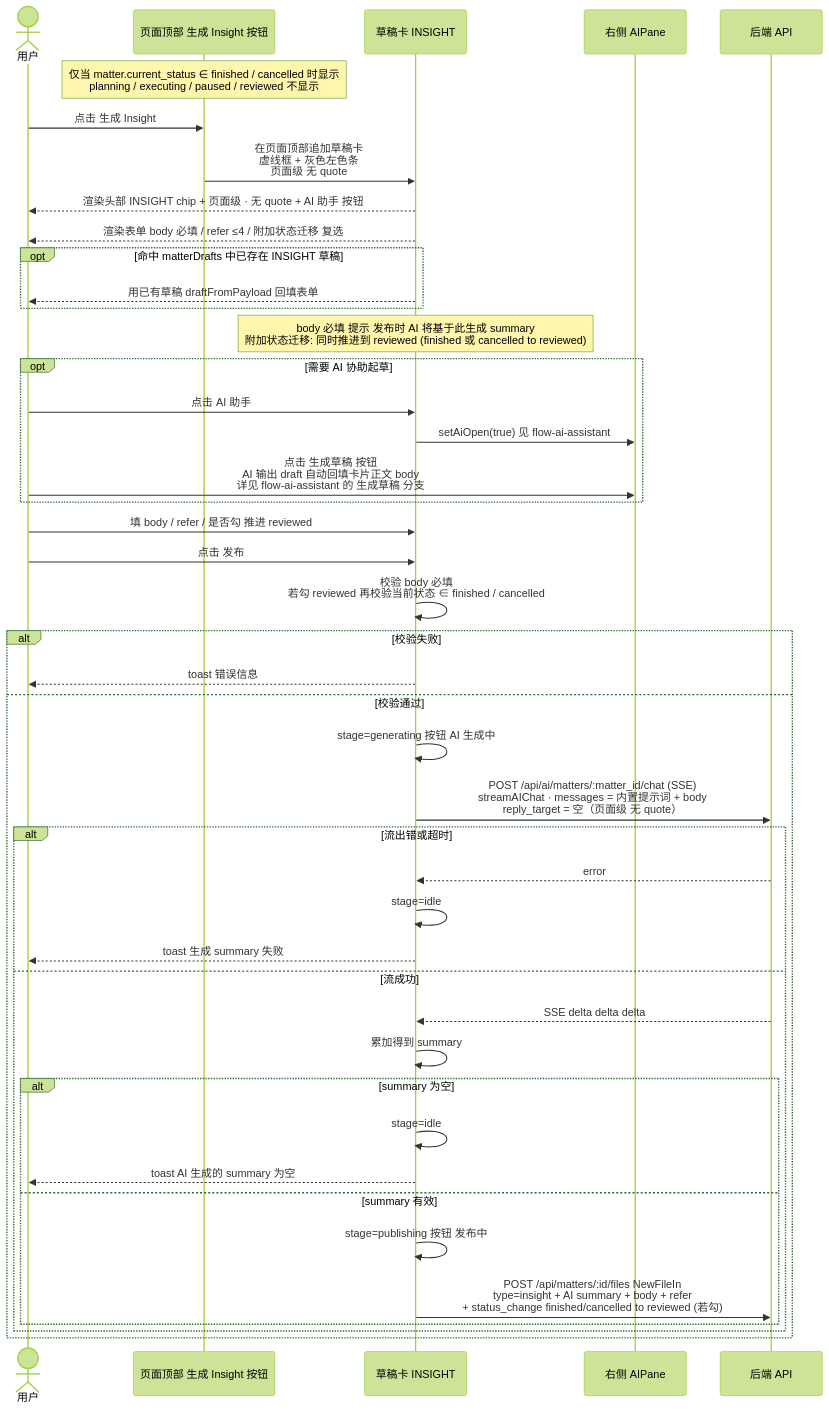
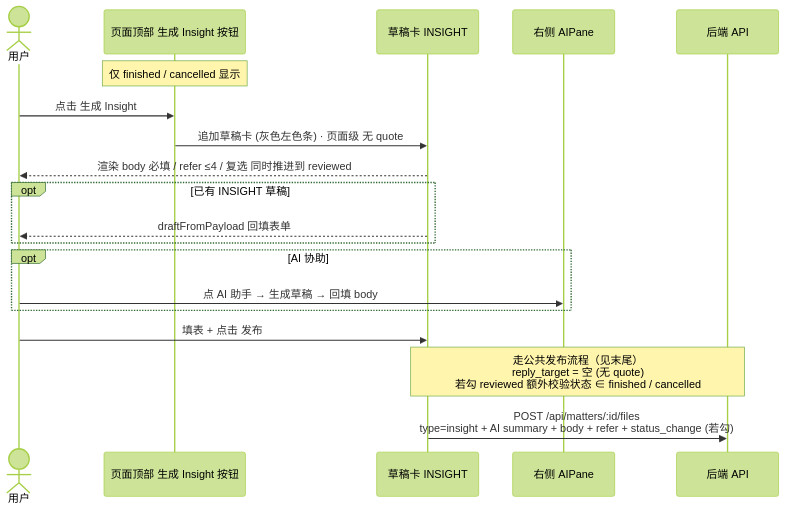
The fifth of 6 diagrams in AI-docs/workflow-interaction/flow-cards-all.md (Tjk666Tjk6660/team-pivot-web), drawn with Mermaid (forest theme) before and after one commit. The commit also changed other lines of this file and 2 other files, not shown here.

Commit message:
docs(matter): add workflow-interaction sequence diagram

````diff
--- a/AI-docs/workflow-interaction/flow-cards-all.md
+++ b/AI-docs/workflow-interaction/flow-cards-all.md
@@ -286,53 +160,26 @@
 ```mermaid
 sequenceDiagram
   actor U as 用户
   participant PB as 页面顶部 生成 Insight 按钮
   participant DC as 草稿卡 INSIGHT
   participant AP as 右侧 AIPane
   participant API as 后端 API
 
-  Note over PB: 仅当 matter.current_status ∈ finished / cancelled 时显示<br/>planning / executing / paused / reviewed 不显示
+  Note over PB: 仅 finished / cancelled 显示
 
   U->>PB: 点击 生成 Insight
-  PB->>DC: 在页面顶部追加草稿卡<br/>虚线框 + 灰色左色条<br/>页面级 无 quote
-  DC-->>U: 渲染头部 INSIGHT chip + 页面级 · 无 quote + AI 助手 按钮
-  DC-->>U: 渲染表单 body 必填 / refer ≤4 / 附加状态迁移 复选
-  opt 命中 matterDrafts 中已存在 INSIGHT 草稿
-    DC-->>U: 用已有草稿 draftFromPayload 回填表单
-  end
-  Note over DC: body 必填 提示 发布时 AI 将基于此生成 summary<br/>附加状态迁移: 同时推进到 reviewed (finished 或 cancelled to reviewed)
+  PB->>DC: 追加草稿卡 (灰色左色条) · 页面级 无 quote
+  DC-->>U: 渲染 body 必填 / refer ≤4 / 复选 同时推进到 reviewed
 
-  opt 需要 AI 协助起草
-    U->>DC: 点击 AI 助手
-    DC->>AP: setAiOpen(true) 见 flow-ai-assistant
-    U->>AP: 点击 生成草稿 按钮<br/>AI 输出 draft 自动回填卡片正文 body<br/>详见 flow-ai-assistant 的 生成草稿 分支
+  opt 已有 INSIGHT 草稿
+    DC-->>U: draftFromPayload 回填表单
   end
 
-  U->>DC: 填 body / refer / 是否勾 推进 reviewed
-  U->>DC: 点击 发布
+  opt AI 协助
+    U->>AP: 点 AI 助手 → 生成草稿 → 回填 body
+  end
 
-  DC->>DC: 校验 body 必填<br/>若勾 reviewed 再校验当前状态 ∈ finished / cancelled
-  alt 校验失败
-    DC-->>U: toast 错误信息
-  else 校验通过
-    DC->>DC: stage=generating 按钮 AI 生成中
-
-    DC->>API: POST /api/ai/matters/:matter_id/chat (SSE)<br/>streamAIChat · messages = 内置提示词 + body<br/>reply_target = 空（页面级 无 quote）
-    alt 流出错或超时
-      API-->>DC: error
-      DC->>DC: stage=idle
-      DC-->>U: toast 生成 summary 失败
-    else 流成功
-      API-->>DC: SSE delta delta delta
-      DC->>DC: 累加得到 summary
-
-      alt summary 为空
-        DC->>DC: stage=idle
-        DC-->>U: toast AI 生成的 summary 为空
-      else summary 有效
-        DC->>DC: stage=publishing 按钮 发布中
-        DC->>API: POST /api/matters/:id/files NewFileIn<br/>type=insight + AI summary + body + refer<br/>+ status_change finished/cancelled to reviewed (若勾)
-      end
-    end
-  end
+  U->>DC: 填表 + 点击 发布
+  Note over DC,API: 走公共发布流程（见末尾）<br/>reply_target = 空 (无 quote)<br/>若勾 reviewed 额外校验状态 ∈ finished / cancelled
+  DC->>API: POST /api/matters/:id/files<br/>type=insight + AI summary + body + refer + status_change (若勾)
 ```
````
